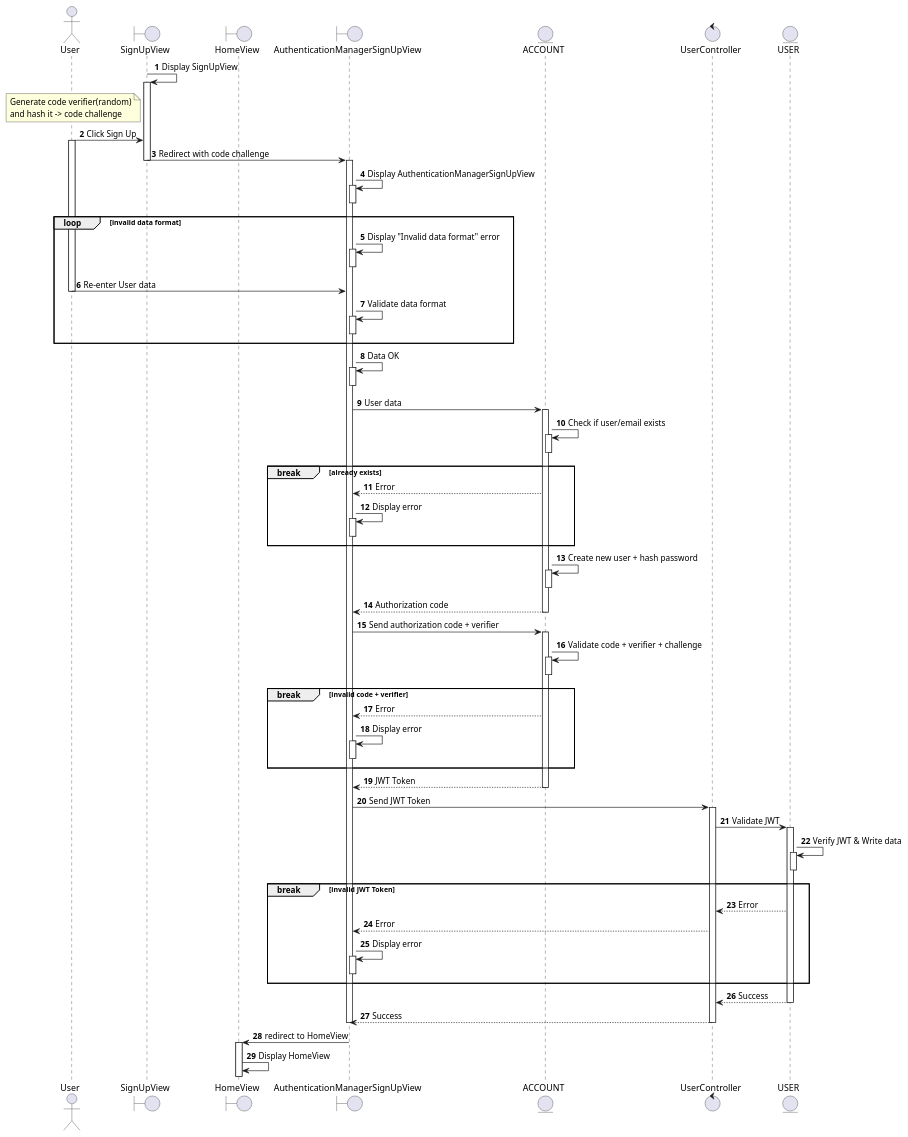
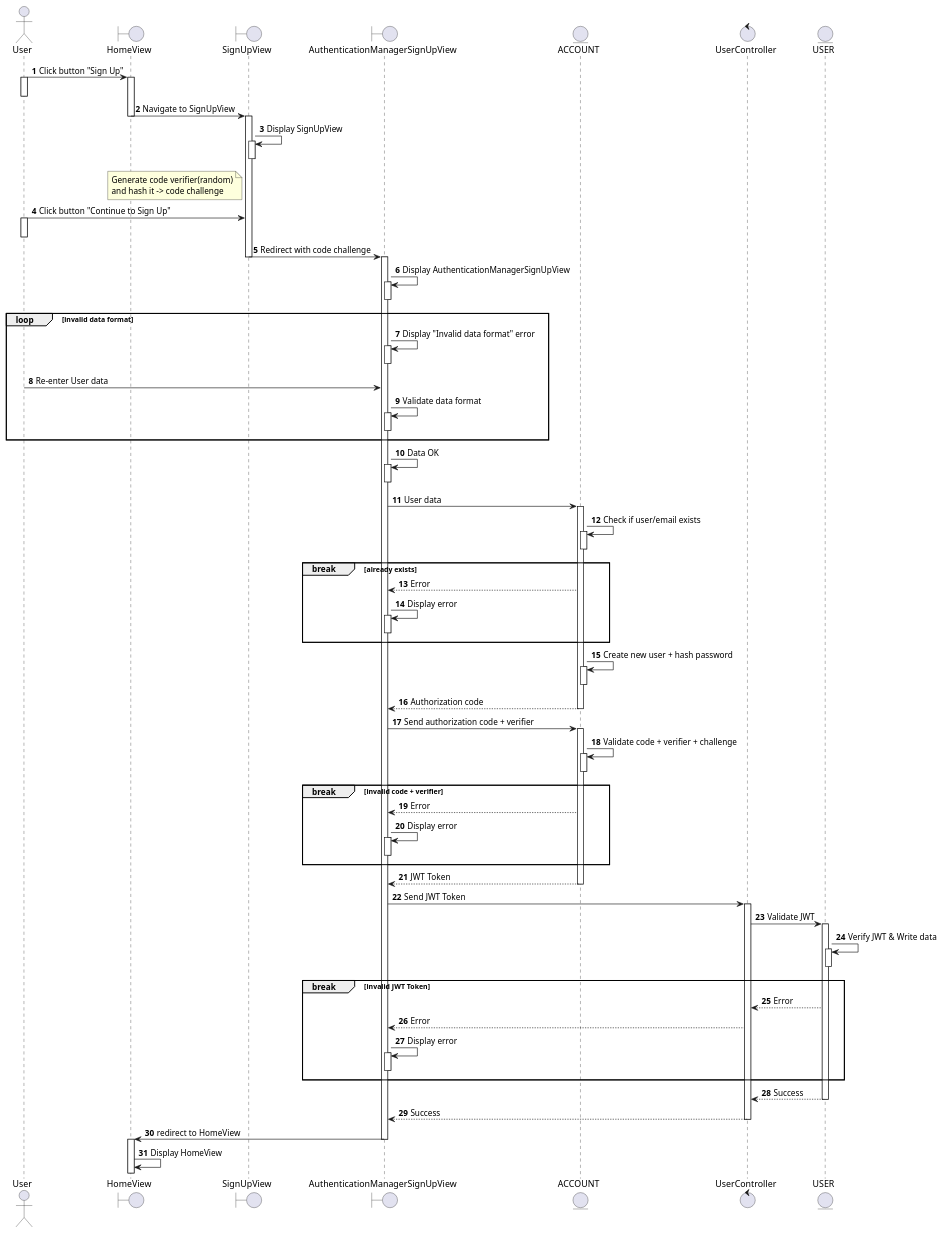
One commit to electricilies/electricilies.github.io changed the diagram in docs/software-docs/sequence/manage-account/sign-up.md. Above: the diagram before and after it, drawn with PlantUML. The commit also changed 16 other files, not shown here.

Commit message:
refactor: sequence diagrams start from user side, and some minor

```diff
--- a/docs/software-docs/sequence/manage-account/sign-up.md
+++ b/docs/software-docs/sequence/manage-account/sign-up.md
@@ -5,19 +5,28 @@
 autonumber
 
 actor User as U
+boundary HomeView as HV
 boundary SignUpView as SUV
-boundary HomeView as HV
 boundary AuthenticationManagerSignUpView as AMSUV
 
 entity ACCOUNT as A
 control UserController as UC
 entity USER as US
 
+U -> HV: Click button "Sign Up"
+activate U
+activate HV
+deactivate U
+HV -> SUV: Navigate to SignUpView
+deactivate HV
+activate SUV
 SUV -> SUV: Display SignUpView
 activate SUV
+deactivate SUV
 note left of SUV: Generate code verifier(random)\nand hash it -> code challenge
-U -> SUV: Click Sign Up
+U -> SUV: Click button "Continue to Sign Up"
 activate U
+deactivate U
 SUV -> AMSUV: Redirect with code challenge
 deactivate SUV
 activate AMSUV
@@ -96,7 +105,6 @@
 deactivate US
 AMSUV <-- UC: Success
 deactivate UC
-deactivate AMSUV
 HV <- AMSUV: redirect to HomeView
 deactivate AMSUV
 activate HV
```
